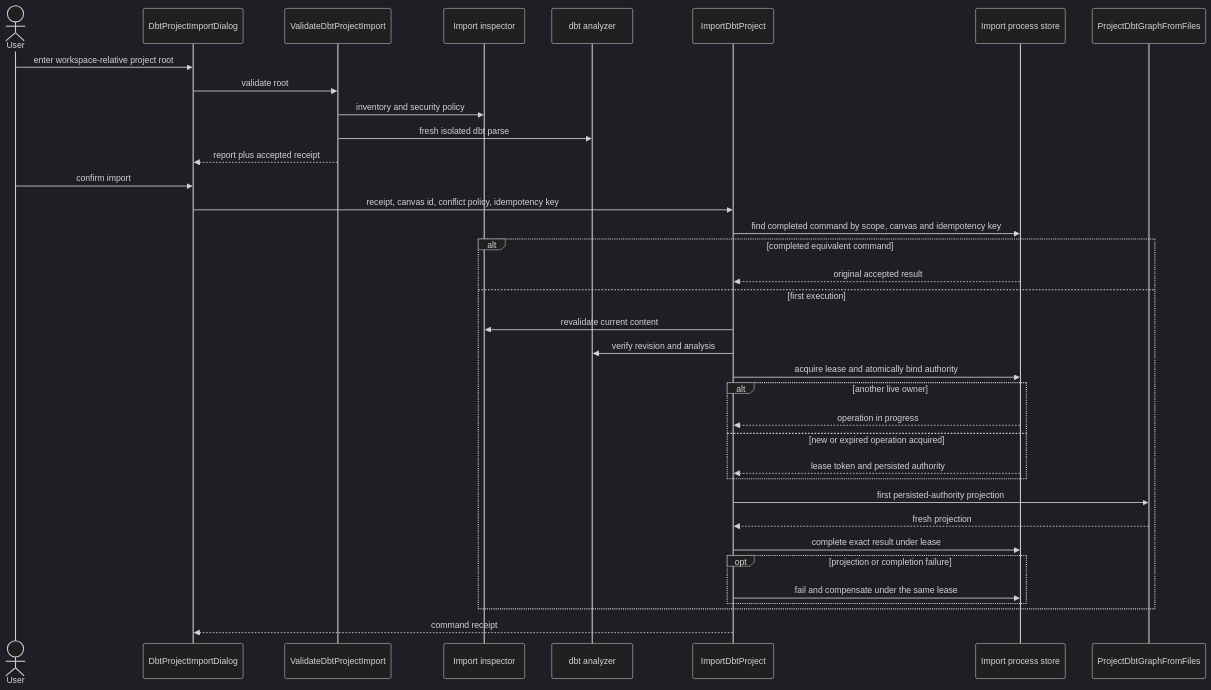
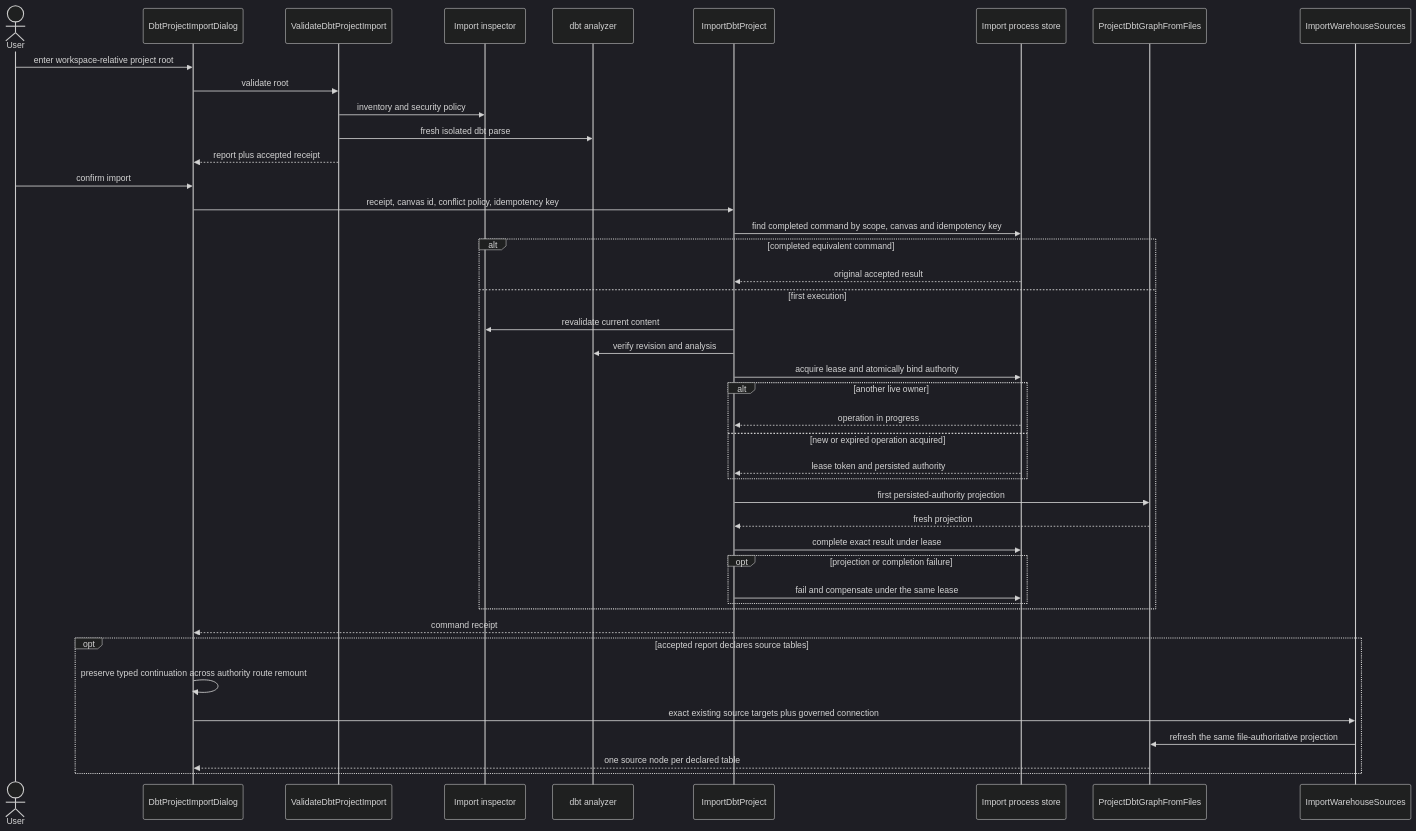
The third of 4 diagrams in docs/architecture/components/web/graph/dbt-project-import-and-source-authority-component.md (dunay2/dvt), drawn with Mermaid (dark theme) before and after one commit. The commit also changed other lines of this file and 4 other files, not shown here.

Commit message:
docs(docs): Record ARC evidence for exact dbt source binding

````diff
--- a/docs/architecture/components/web/graph/dbt-project-import-and-source-authority-component.md
+++ b/docs/architecture/components/web/graph/dbt-project-import-and-source-authority-component.md
@@ -133,39 +141,46 @@
 ```mermaid
 sequenceDiagram
   actor User
   participant UI as DbtProjectImportDialog
   participant Validate as ValidateDbtProjectImport
   participant Inspect as Import inspector
   participant Analyze as dbt analyzer
   participant Import as ImportDbtProject
   participant Process as Import process store
   participant Graph as ProjectDbtGraphFromFiles
+  participant Source as ImportWarehouseSources
 
   User->>UI: enter workspace-relative project root
   UI->>Validate: validate root
   Validate->>Inspect: inventory and security policy
   Validate->>Analyze: fresh isolated dbt parse
   Validate-->>UI: report plus accepted receipt
   User->>UI: confirm import
   UI->>Import: receipt, canvas id, conflict policy, idempotency key
   Import->>Process: find completed command by scope, canvas and idempotency key
   alt completed equivalent command
     Process-->>Import: original accepted result
   else first execution
     Import->>Inspect: revalidate current content
     Import->>Analyze: verify revision and analysis
     Import->>Process: acquire lease and atomically bind authority
     alt another live owner
       Process-->>Import: operation in progress
     else new or expired operation acquired
       Process-->>Import: lease token and persisted authority
     end
     Import->>Graph: first persisted-authority projection
     Graph-->>Import: fresh projection
     Import->>Process: complete exact result under lease
     opt projection or completion failure
       Import->>Process: fail and compensate under the same lease
     end
   end
   Import-->>UI: command receipt
+  opt accepted report declares source tables
+    UI->>UI: preserve typed continuation across authority route remount
+    UI->>Source: exact existing source targets plus governed connection
+    Source->>Graph: refresh the same file-authoritative projection
+    Graph-->>UI: one source node per declared table
+  end
 ```
````
